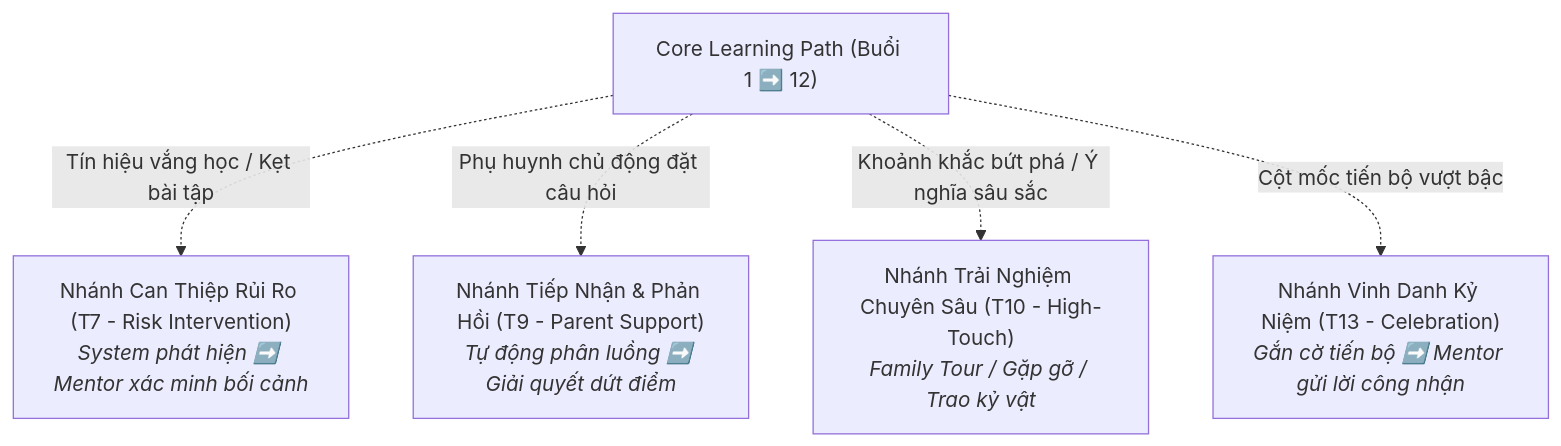
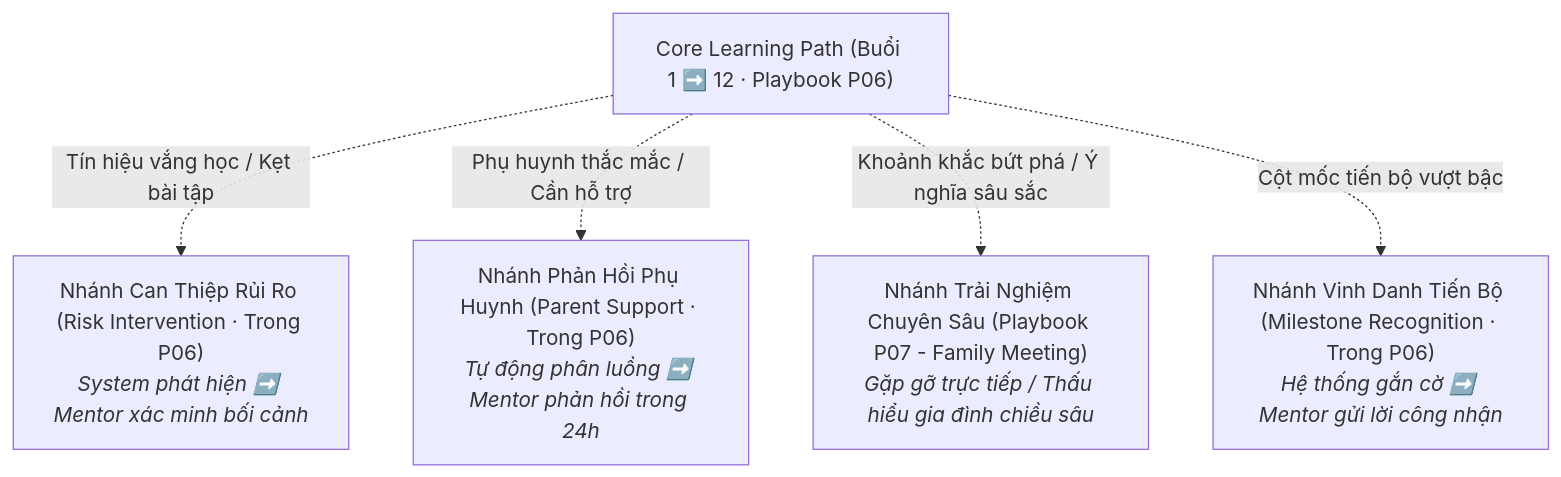
The diagram in A_Requirements/A4_Parent_Journey_Framework.md (hongdang023/Marlins-Care), drawn with Mermaid before and after one commit. The commit also changed other lines of this file and 46 other files, not shown here.

Commit message:
feat(arch): implement Headless Edge ecosystem with Workers API Gateway, D1 database schema, Admin Portal and sync 3-tier sub-navigation

````diff
--- a/A_Requirements/A4_Parent_Journey_Framework.md
+++ b/A_Requirements/A4_Parent_Journey_Framework.md
@@ -40,9 +41,9 @@
 ```mermaid
 graph TD
-    Main["Core Learning Path (Buổi 1 ➡️ 12)"]
+    Main["Core Learning Path (Buổi 1 ➡️ 12 · Playbook P06)"]
     
-    Main -.->|Tín hiệu vắng học / Kẹt bài tập| B1["Nhánh Can Thiệp Rủi Ro (T7 - Risk Intervention)<br><i>System phát hiện ➡️ Mentor xác minh bối cảnh</i>"]
-    Main -.->|Phụ huynh chủ động đặt câu hỏi| B2["Nhánh Tiếp Nhận & Phản Hồi (T9 - Parent Support)<br><i>Tự động phân luồng ➡️ Giải quyết dứt điểm</i>"]
-    Main -.->|Khoảnh khắc bứt phá / Ý nghĩa sâu sắc| B3["Nhánh Trải Nghiệm Chuyên Sâu (T10 - High-Touch)<br><i>Family Tour / Gặp gỡ / Trao kỷ vật</i>"]
-    Main -.->|Cột mốc tiến bộ vượt bậc| B4["Nhánh Vinh Danh Kỷ Niệm (T13 - Celebration)<br><i>Gắn cờ tiến bộ ➡️ Mentor gửi lời công nhận</i>"]
+    Main -.->|Tín hiệu vắng học / Kẹt bài tập| B1["Nhánh Can Thiệp Rủi Ro (Risk Intervention · Trong P06)<br><i>System phát hiện ➡️ Mentor xác minh bối cảnh</i>"]
+    Main -.->|Phụ huynh thắc mắc / Cần hỗ trợ| B2["Nhánh Phản Hồi Phụ Huynh (Parent Support · Trong P06)<br><i>Tự động phân luồng ➡️ Mentor phản hồi trong 24h</i>"]
+    Main -.->|Khoảnh khắc bứt phá / Ý nghĩa sâu sắc| B3["Nhánh Trải Nghiệm Chuyên Sâu (Playbook P07 - Family Meeting)<br><i>Gặp gỡ trực tiếp / Thấu hiểu gia đình chiều sâu</i>"]
+    Main -.->|Cột mốc tiến bộ vượt bậc| B4["Nhánh Vinh Danh Tiến Bộ (Milestone Recognition · Trong P06)<br><i>Hệ thống gắn cờ ➡️ Mentor gửi lời công nhận</i>"]
 ```
````
